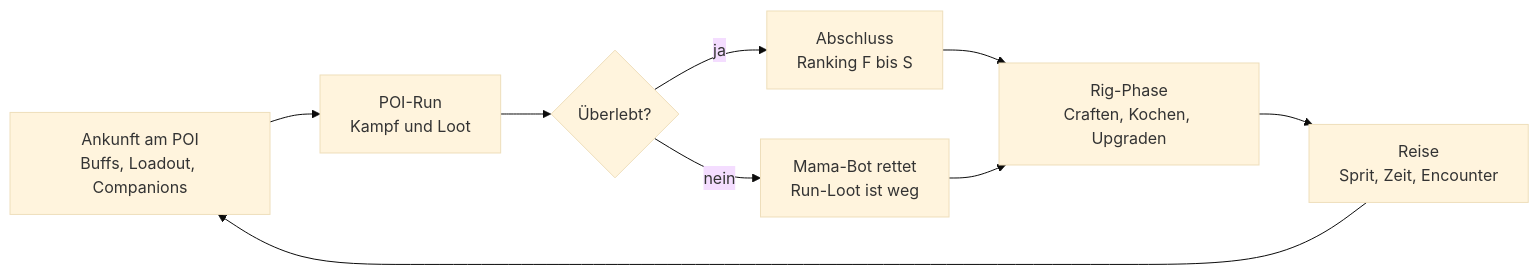
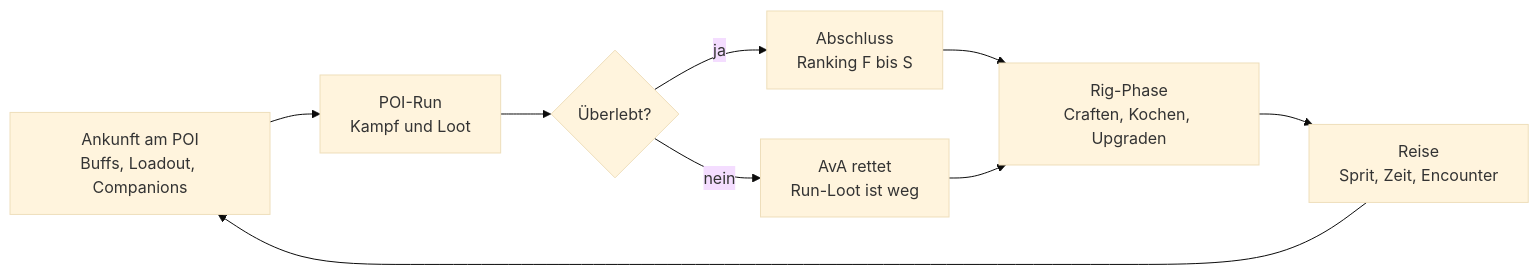
Before and after one commit to dna20717/NomadGirl: the diagram in docs/design.md, drawn with Mermaid (base theme). The commit also changed other lines of this file and 54 other files, not shown here.

````diff
--- a/docs/design.md
+++ b/docs/design.md
@@ -17,11 +17,11 @@
 ```mermaid
 flowchart LR
   A["Ankunft am POI<br/>Buffs, Loadout, Companions"] --> B["POI-Run<br/>Kampf und Loot"]
   B --> C{Überlebt?}
   C -- ja --> D["Abschluss<br/>Ranking F bis S"]
-  C -- nein --> E["Mama-Bot rettet<br/>Run-Loot ist weg"]
+  C -- nein --> E["AvA rettet<br/>Run-Loot ist weg"]
   D --> F["Rig-Phase<br/>Craften, Kochen, Upgraden"]
   E --> F
   F --> G["Reise<br/>Sprit, Zeit, Encounter"]
   G --> A
 ```
````
